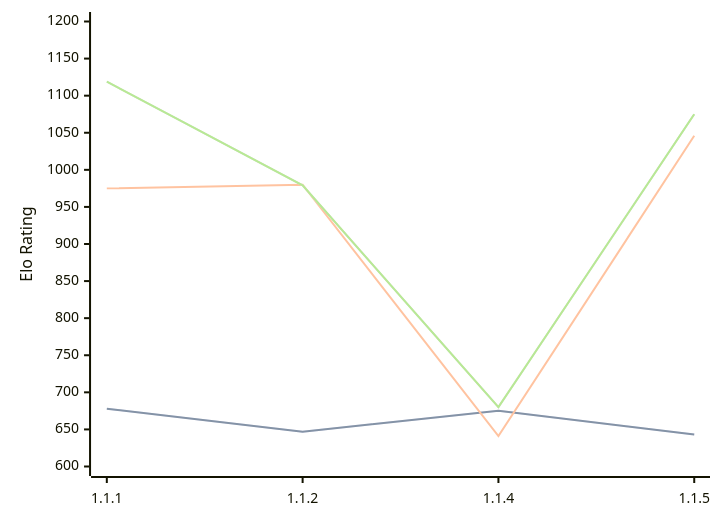
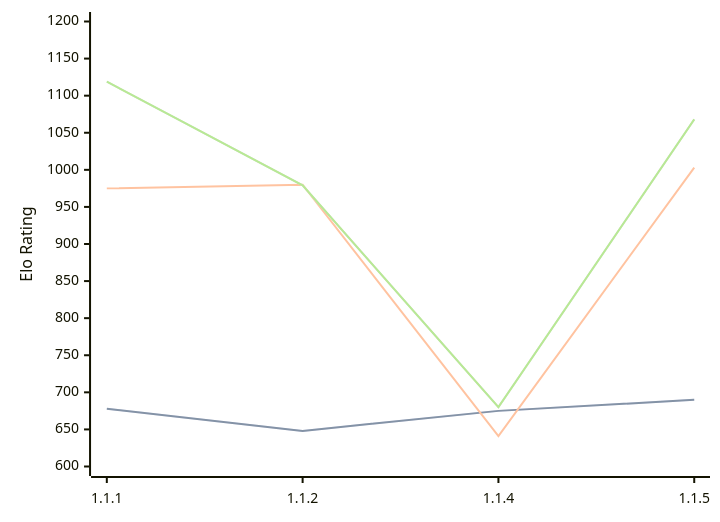
One commit to computer-chess-index/cci changed the first of 3 diagrams in engines/ChessCore.md. Above: the diagram before and after it, drawn with Mermaid. The commit also changed other lines of this file, not shown here.

Commit message:
Update CCI Ratings (ELO VLTC) - 2026-06-24

````diff
--- a/engines/ChessCore.md
+++ b/engines/ChessCore.md
@@ -35,11 +35,11 @@
 ```mermaid
 %%{init: {"theme":"base","themeVariables":{"seriesColors:['#a3a3a3','#222221','#faa371']}}}%%
 xychart-beta
   x-axis ["1.1.1", "1.1.2", "1.1.4", "1.1.5"]
   y-axis "Elo Rating" 600 --> 1200
-  line "STC (8.0+0.08s)" [678, 647, 675, 643]
-  line "STC (8.0+0.08s)" [678, 647, 675, 643]
-  line "LTC (60.0+0.60s)" [975, 980, 641, 1046]
-  line "VLTC (2m24s+1.12s)" [1119, 979, 680, 1075]
-  line "VLTC (2m24s+1.12s)" [1119, 979, 680, 1075]
+  line "STC (8.0+0.08s)" [678, 648, 675, 690]
+  line "STC (8.0+0.08s)" [678, 648, 675, 690]
+  line "LTC (60.0+0.60s)" [975, 980, 641, 1003]
+  line "VLTC (2m24s+1.12s)" [1119, 979, 680, 1068]
+  line "VLTC (2m24s+1.12s)" [1119, 979, 680, 1068]
 ```
````
